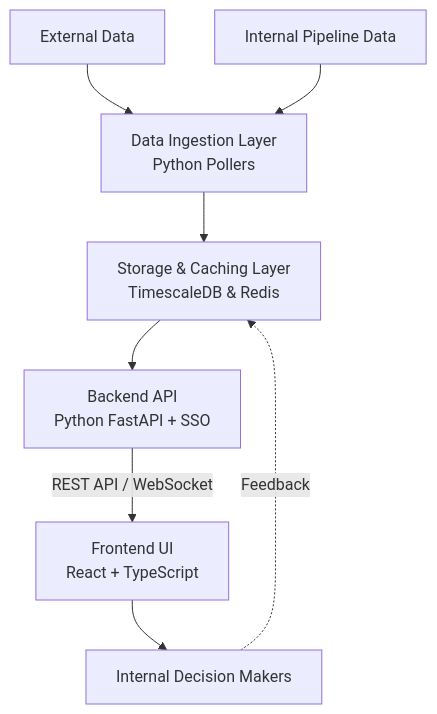
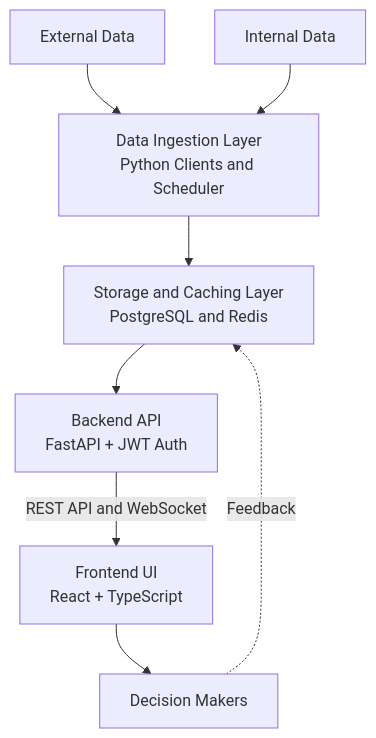
One commit to Prachaurja/War-Room-Bid-Intelligence-Dashboard-_Team-Mavericks changed the diagram in README.md. Above: the diagram before and after it, drawn with Mermaid. The commit also changed other lines of this file and 21 other files, not shown here.

````diff
--- a/README.md
+++ b/README.md
@@ -23,26 +27,26 @@
 ```mermaid
 graph TD
   extData[External Data]
-  intData[Internal Pipeline Data]
+  intData[Internal Data]
   
   extData --> ingestion
   intData --> ingestion
   
-  ingestion[Data Ingestion Layer<br/>Python Pollers]
+  ingestion[Data Ingestion Layer<br/>Python Clients and Scheduler]
   
   ingestion --> storage
   
-  storage[Storage & Caching Layer<br/>TimescaleDB & Redis]
+  storage[Storage and Caching Layer<br/>PostgreSQL and Redis]
   
   storage --> backend
   
-  backend[Backend API<br/>Python FastAPI + SSO]
+  backend[Backend API<br/>FastAPI + JWT Auth]
   
-  backend -->|REST API / WebSocket| frontend
+  backend -->|REST API and WebSocket| frontend
   
   frontend[Frontend UI<br/>React + TypeScript]
   
-  frontend --> users[Internal Decision Makers]
+  frontend --> users[Decision Makers]
   
   users -.->|Feedback| storage
 ```
````
